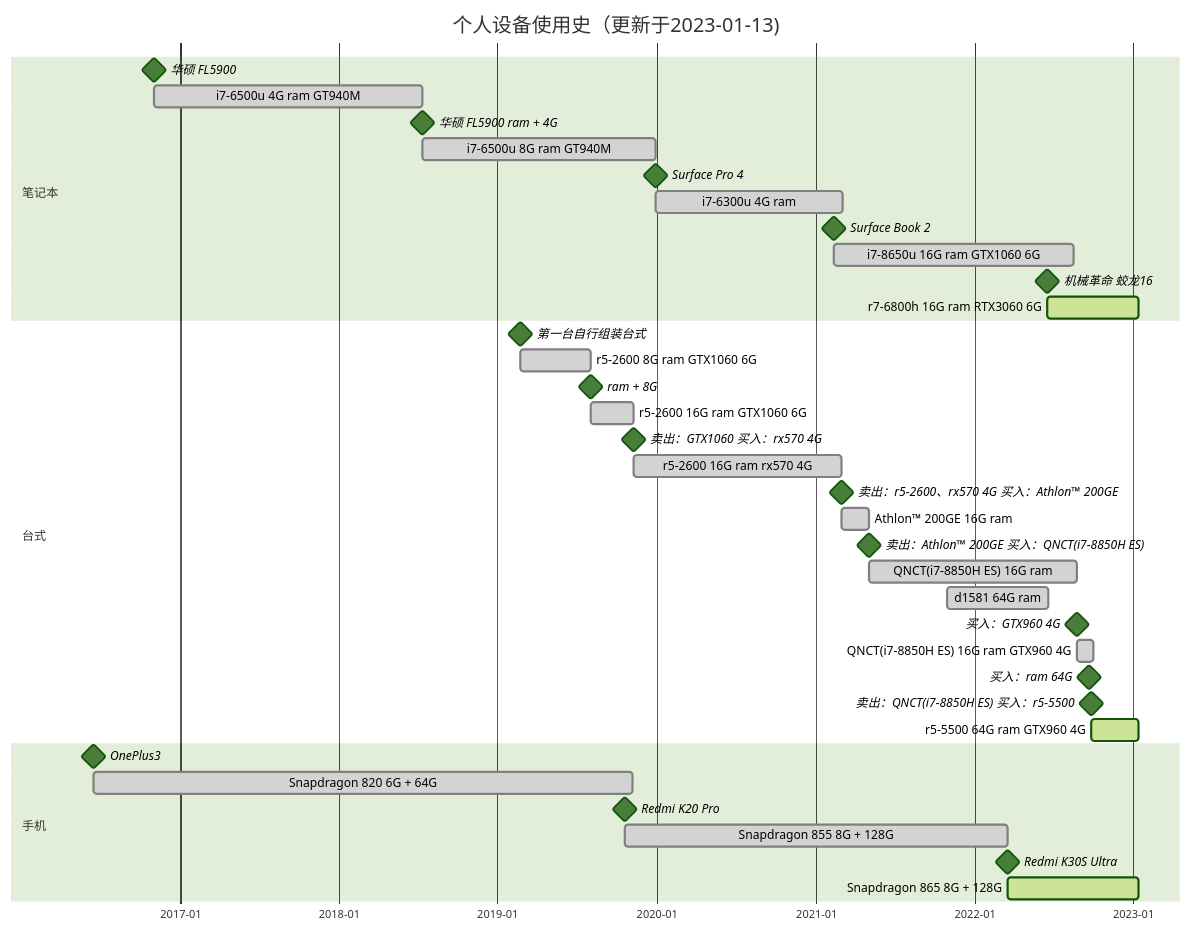
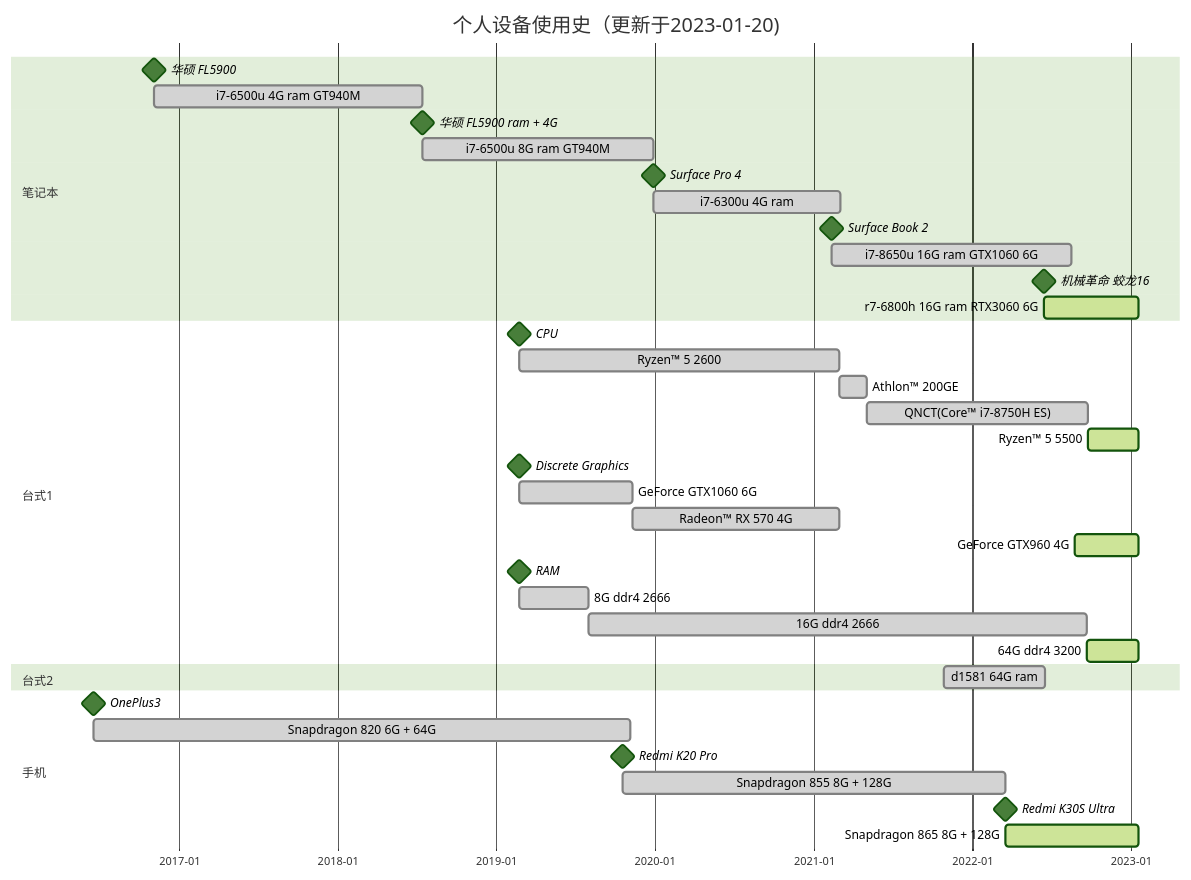
Before and after one commit to xuanyabulema/xuanyabulema.github.io: the diagram in source/microchip/index.md, drawn with Mermaid (forest theme). The commit also changed other lines of this file, not shown here.

````diff
--- a/source/microchip/index.md
+++ b/source/microchip/index.md
@@ -13,44 +13,49 @@
 ```mermaid
 gantt
-    title 个人设备使用史（更新于2023-01-13)
+    title 个人设备使用史（更新于2023-01-20)
     dateFormat  YYYY-MM-DD
     axisFormat  %Y-%m
     
     section 笔记本
     华硕 FL5900                                 :milestone, 2016-11-03, 0d
     i7-6500u  4G ram GT940M                     :done, 2016-11-03, 2018-07-13
     华硕 FL5900  ram + 4G                        :milestone, 2018-07-13, 0d
     i7-6500u  8G ram GT940M                     :done, 2018-07-13, 2019-12-29
     Surface Pro 4                               :milestone, 2019-12-29, 0d
     i7-6300u  4G ram                            :done, 2019-12-29, 2021-03-03
     Surface Book 2                              :milestone, 2021-02-12, 0d
     i7-8650u  16G ram  GTX1060 6G               :done, 2021-02-12, 2022-08-18
     机械革命 蛟龙16                               :milestone, 2022-06-17, 0d
-    r7-6800h  16G ram    RTX3060 6G             :active, 2022-06-17, 2023-01-13
+    r7-6800h  16G ram    RTX3060 6G             :active, 2022-06-17, 2023-01-20
     
-    section 台式
-    第一台自行组装台式                             :milestone, 2019-02-22, 0d
-    r5-2600 8G ram GTX1060 6G                   :done, 2019-02-22, 2019-08-02
-    ram + 8G                                    :milestone, 2019-08-02, 0d
-    r5-2600 16G ram GTX1060 6G                  :done, 2019-08-02, 2019-11-10
-    卖出：GTX1060 买入：rx570 4G                  :milestone, 2019-11-10, 0d
-    r5-2600 16G ram rx570 4G                    :done, 2019-11-10, 2021-03-01
-    卖出：r5-2600、rx570 4G 买入：Athlon™ 200GE   :milestone, 2021-03-01, 0d
-    Athlon™ 200GE 16G ram                       :done, 2021-03-01, 2021-05-04
-    卖出：Athlon™ 200GE 买入：QNCT(i7-8850H ES)   :milestone, 2021-05-04, 0d
-    QNCT(i7-8850H ES) 16G ram                   :done, 2021-05-04, 2022-08-25
+    
+    section 台式1
+    CPU                                         :milestone, 2019-02-22, 0d
+    Ryzen™ 5 2600                               :done, 2019-02-22, 2021-03-01
+    Athlon™ 200GE                               :done, 2021-03-01, 2021-05-04
+    QNCT(Core™ i7-8750H ES)                     :done, 2021-05-04, 2022-09-26
+    Ryzen™ 5 5500                               :active, 2022-09-26, 2023-01-20
+    
+    Discrete Graphics                           :milestone, 2019-02-22, 0d
+    GeForce GTX1060 6G                          :done, 2019-02-22, 2019-11-10
+    Radeon™ RX 570 4G                           :done, 2019-11-10, 2021-03-01
+    GeForce GTX960 4G                           :active, 2022-08-25, 2023-01-20
+    
+    RAM                                         :milestone, 2019-02-22, 0d
+    8G ddr4 2666                                :done, 2019-02-22, 2019-08-02
+    16G ddr4 2666                               :done, 2019-08-02, 2022-09-22
+    64G ddr4 3200                               :active, 2022-09-22, 2023-01-20
+    
+    
+    section 台式2
     d1581 64G ram                               :done, 2021-10-29,2022-06-19
-    买入：GTX960 4G                              :milestone, 2022-08-25, 0d
-    QNCT(i7-8850H ES) 16G ram  GTX960 4G        :done, 2022-08-25, 2022-10-01
-    买入：ram 64G                                :milestone, 2022-09-22, 0d
-    卖出：QNCT(i7-8850H ES) 买入：r5-5500         :milestone, 2022-09-26, 0d
-    r5-5500 64G ram GTX960 4G                   :active, 2022-09-26, 2023-01-13
+    
     
     section 手机
     OnePlus3                                    :milestone, 2016-06-16, 0d
     Snapdragon 820 6G + 64G                     :done, 2016-06-16, 2019-11-06
     Redmi K20 Pro                               :milestone, 2019-10-19, 0d
     Snapdragon 855  8G + 128G                   :done, 2019-10-19, 2022-03-18
     Redmi K30S Ultra                            :milestone, 2022-03-18, 0d
-    Snapdragon 865  8G + 128G                   :active, 2022-03-18, 2023-01-13
+    Snapdragon 865  8G + 128G                   :active, 2022-03-18, 2023-01-20
 ```
````
